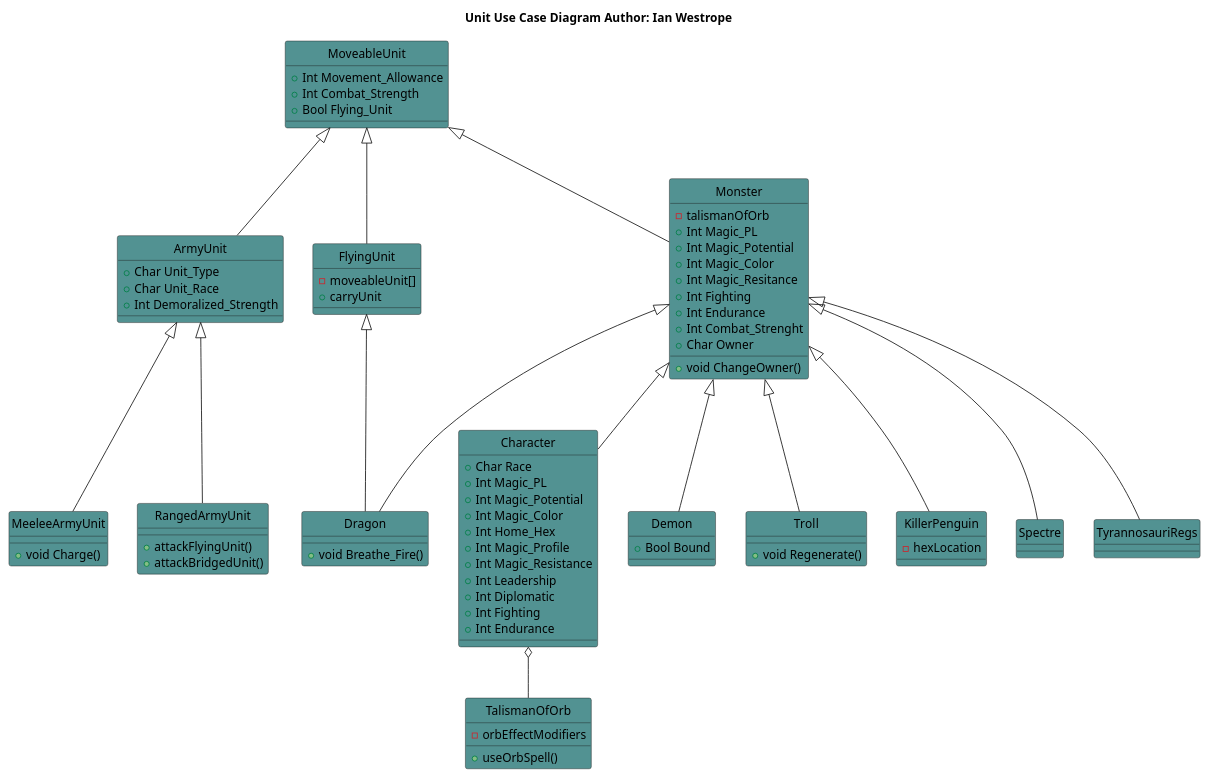
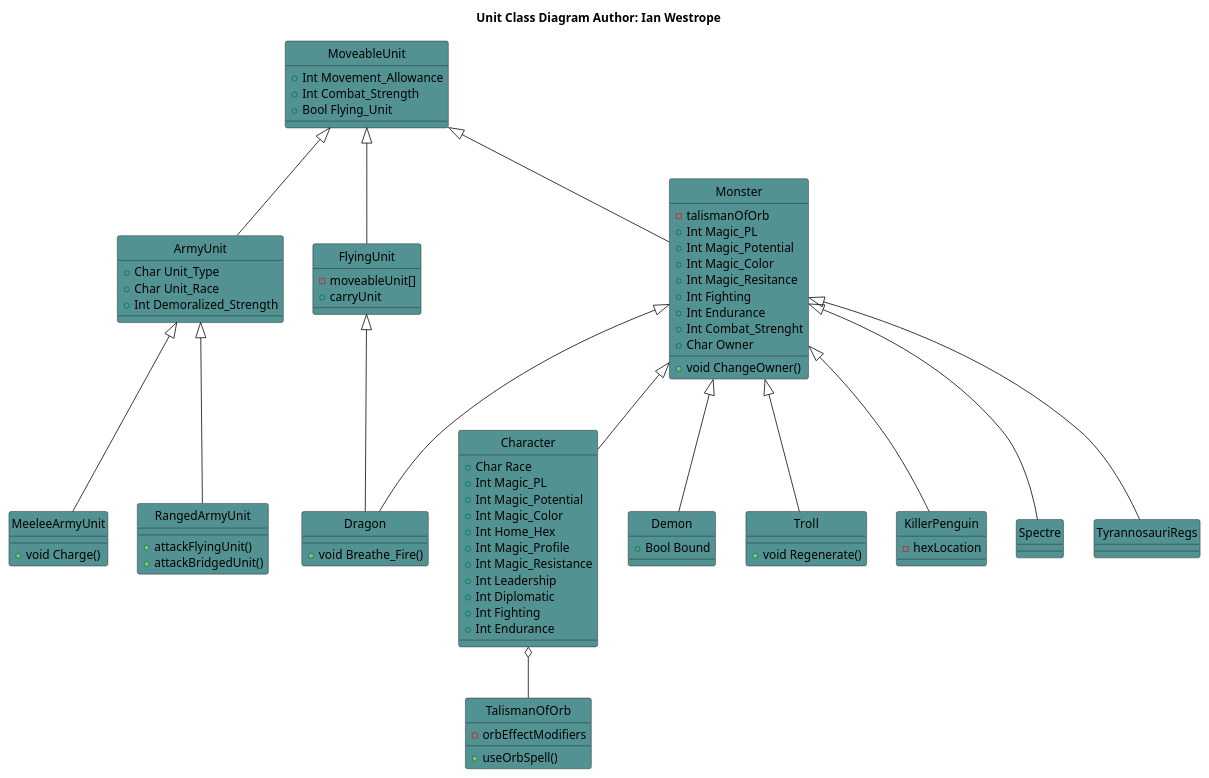
One commit to cjeffery/sworsorc changed the diagram in doc/masterClassDiagrams/units.pu. Above: the diagram before and after it, drawn with PlantUML. The commit also changed 4 other files, not shown here.

```diff
--- a/doc/masterClassDiagrams/units.pu
+++ b/doc/masterClassDiagrams/units.pu
@@ -1,105 +1,105 @@
 @startuml
 hide circles
-title <b>Unit Use Case Diagram<b> Author: Ian Westrope
+title <b>Unit Class Diagram<b> Author: Ian Westrope
 
 class MoveableUnit #529292 {
       +Int Movement_Allowance
       +Int Combat_Strength
       +Bool Flying_Unit
 }
 
 class Character #529292 {
       +Char Race
       +Int Magic_PL
       +Int Magic_Potential
       +Int Magic_Color
       +Int Home_Hex
       +Int Magic_Profile
       +Int Magic_Resistance
       +Int Leadership
       +Int Diplomatic
       +Int Fighting
       +Int Endurance
 }
 
 class ArmyUnit #529292 {
       +Char Unit_Type
       +Char Unit_Race
       +Int Demoralized_Strength
 }
 
 class MeeleeArmyUnit #529292 {
       +void Charge()
 }
 
 class RangedArmyUnit #529292 {
 +attackFlyingUnit()
 +attackBridgedUnit()
 }
 
 
 class Monster #529292 {
       -talismanOfOrb
       +Int Magic_PL
       +Int Magic_Potential
       +Int Magic_Color
       +Int Magic_Resitance
       +Int Fighting
       +Int Endurance
       +Int Combat_Strenght
       +Char Owner
       +void ChangeOwner()
 }
 
 class Demon #529292 {
       +Bool Bound
 }
 
 class Dragon #529292 {
       +void Breathe_Fire()
 }
 
 class Troll #529292 {
       +void Regenerate()
 }
 
 class KillerPenguin #529292 {
 -hexLocation
 }
 
 class Spectre #529292 {
 }
 
 class TyrannosauriRegs #529292 {
 }
 
 class TalismanOfOrb #529292 {
 -orbEffectModifiers
 +useOrbSpell()
 }
 
 Class FlyingUnit #529292 {
 -moveableUnit[]
 +carryUnit
 }
 
 MoveableUnit <|-- Monster
 MoveableUnit <|-- FlyingUnit
 MoveableUnit <|-- ArmyUnit
 
 Monster <|-- Character
 Monster <|-- Demon
 Monster <|-- Troll
 Monster <|-- TyrannosauriRegs
 Monster <|-- Spectre
 Monster <|-- Dragon
 Monster <|-- KillerPenguin
 
 ArmyUnit <|-- RangedArmyUnit
 ArmyUnit <|-- MeeleeArmyUnit
 
 Character o-- TalismanOfOrb
 
 FlyingUnit <|-- Dragon
 
 @enduml
```
